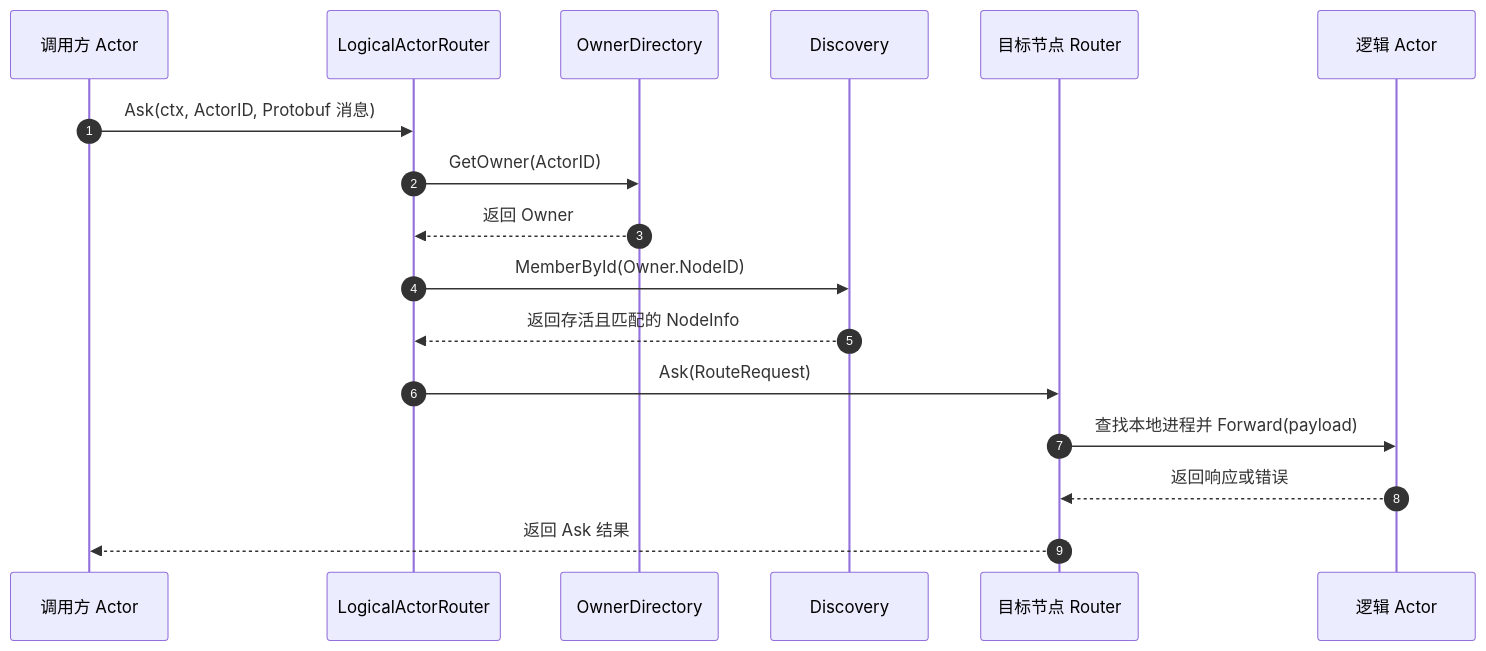
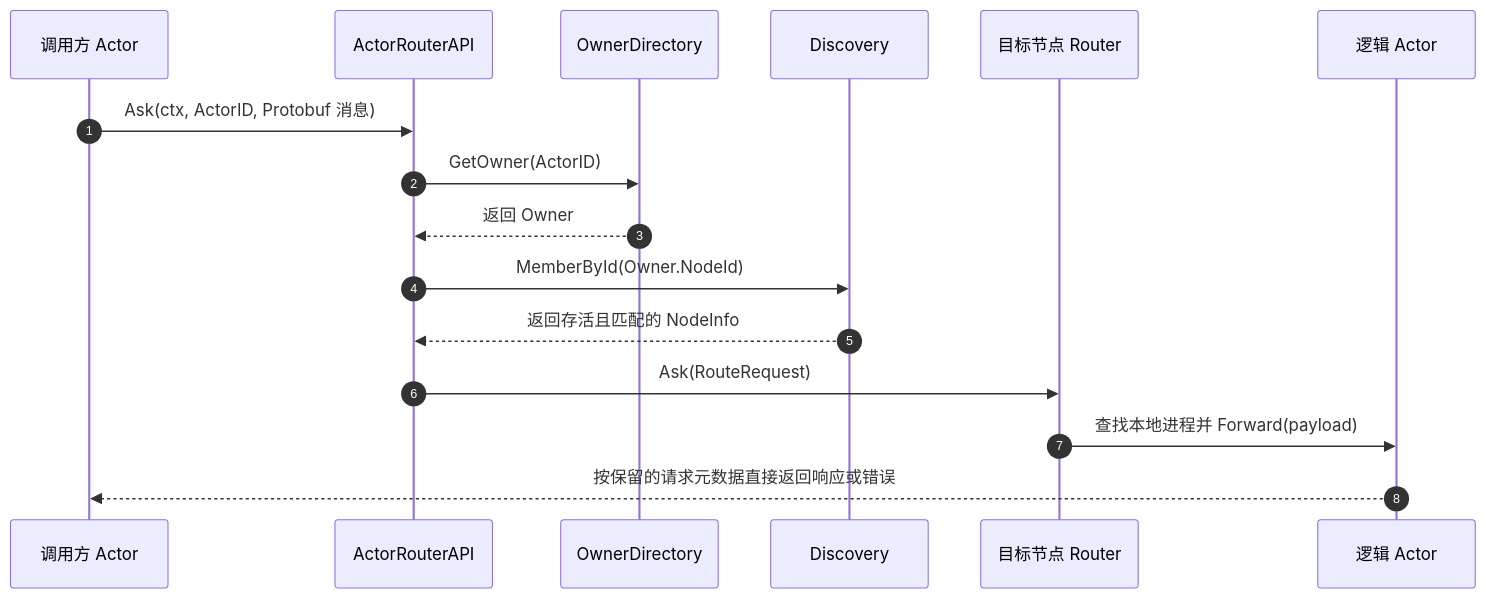
Before and after one commit to dzm2020/actormesh: the first of 3 diagrams in docs/logicalactor.md, drawn with Mermaid. The commit also changed other lines of this file and 11 other files, not shown here.

````diff
--- a/docs/logicalactor.md
+++ b/docs/logicalactor.md
@@ -142,20 +143,19 @@
 ```mermaid
 sequenceDiagram
     autonumber
     participant C as 调用方 Actor
-    participant R as LogicalActorRouter
+    participant R as ActorRouterAPI
     participant D as OwnerDirectory
     participant V as Discovery
     participant RR as 目标节点 Router
     participant A as 逻辑 Actor
 
     C->>R: Ask(ctx, ActorID, Protobuf 消息)
     R->>D: GetOwner(ActorID)
     D-->>R: 返回 Owner
-    R->>V: MemberById(Owner.NodeID)
+    R->>V: MemberById(Owner.NodeId)
     V-->>R: 返回存活且匹配的 NodeInfo
     R->>RR: Ask(RouteRequest)
     RR->>A: 查找本地进程并 Forward(payload)
-    A-->>RR: 返回响应或错误
-    RR-->>C: 返回 Ask 结果
+    A-->>C: 按保留的请求元数据直接返回响应或错误
 ```
````
